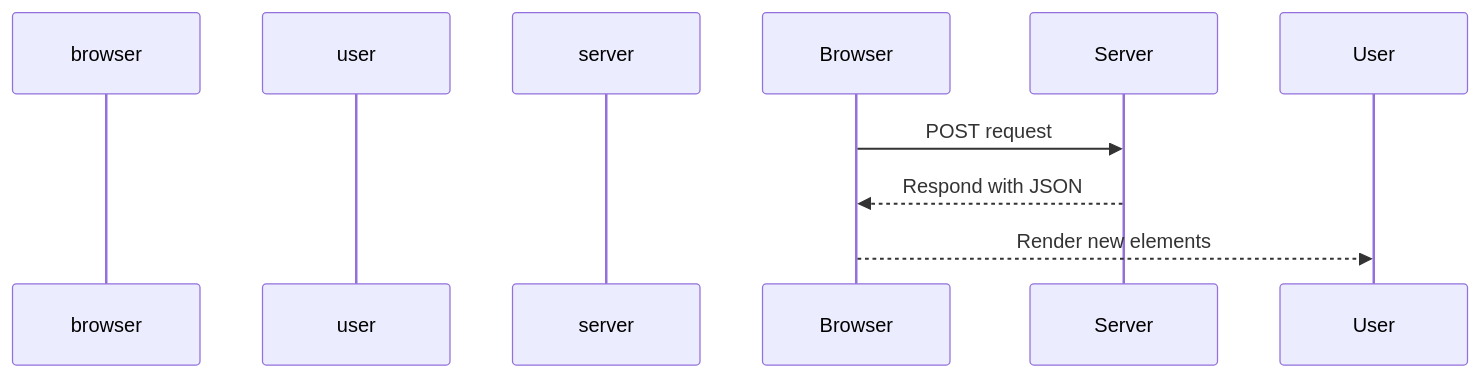
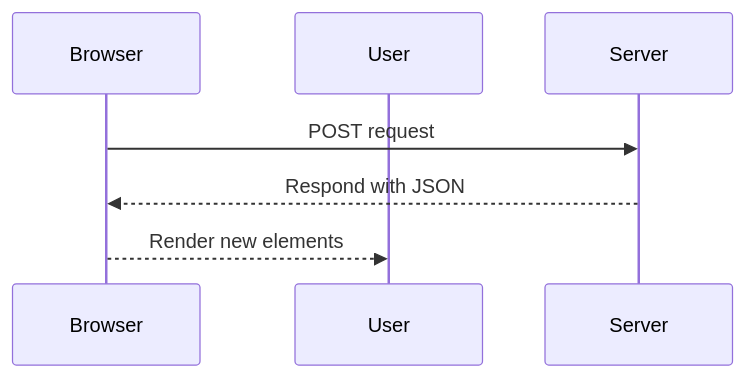
One commit to Atte-Oksanen/Full_stack_open changed the diagram in osa0/0.4.md. Above: the diagram before and after it, drawn with Mermaid.

````diff
--- a/osa0/0.4.md
+++ b/osa0/0.4.md
@@ -3,9 +3,9 @@
 ```mermaid
 sequenceDiagram
-participant browser
-participant user
-participant server
+participant Browser
+participant User
+participant Server
     Browser->>Server: POST request
     Server-->>Browser: Respond with JSON
     Browser-->>User: Render new elements
 ```
````
